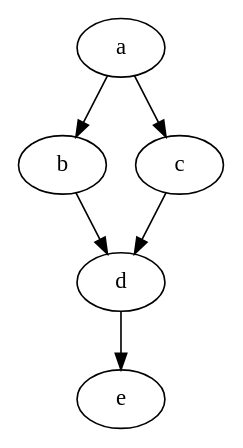
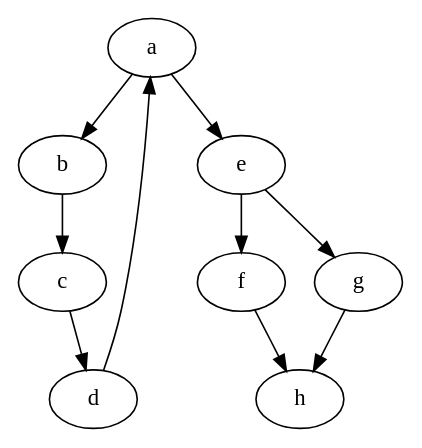
One commit to ryanalfa94/-CSE-464-2024-ralfa changed the diagram in src/main/resources/output.dot. Above: the diagram before and after it, drawn with Graphviz. The commit also changed 22 other files, not shown here.

```diff
--- a/src/main/resources/output.dot
+++ b/src/main/resources/output.dot
@@ -1,7 +1,11 @@
 digraph "G" {
 "a" -> "b"
-"a" -> "c"
-"b" -> "d"
-"d" -> "e"
+"a" -> "e"
+"b" -> "c"
 "c" -> "d"
+"d" -> "a"
+"e" -> "f"
+"e" -> "g"
+"f" -> "h"
+"g" -> "h"
 }
```
